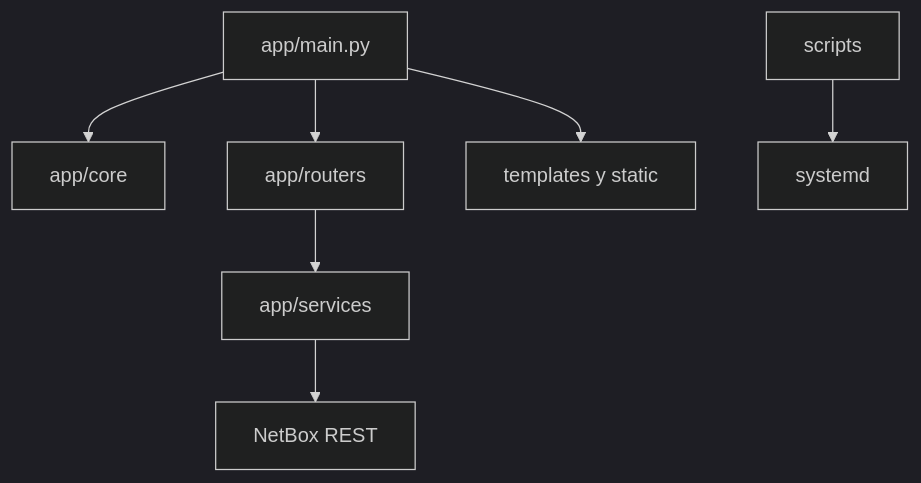
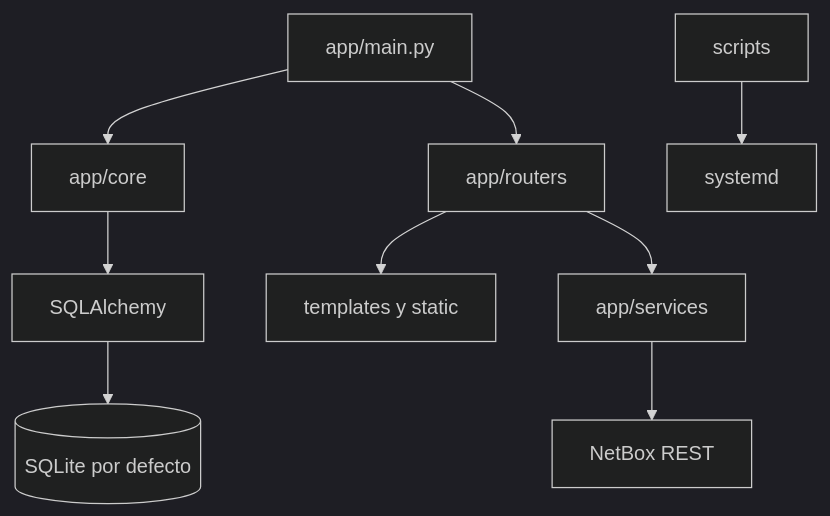
One commit to tito9903-byte/netdoc changed the second of 2 diagrams in docs/ARCHITECTURE.md. Above: the diagram before and after it, drawn with Mermaid (dark theme). The commit also changed other lines of this file, not shown here.

Commit message:
docs: describe access control architecture

````diff
--- a/docs/ARCHITECTURE.md
+++ b/docs/ARCHITECTURE.md
@@ -16,9 +16,11 @@
 ```mermaid
 flowchart TB
   M[app/main.py] --> C[app/core]
   M --> R[app/routers]
   R --> S[app/services]
-  M --> T[templates y static]
+  R --> T[templates y static]
   S --> B[NetBox REST]
-  D[scripts] --> SYS[systemd]
+  C --> DB[SQLAlchemy]
+  DB --> L[(SQLite por defecto)]
+  DPL[scripts] --> SYS[systemd]
 ```
````
